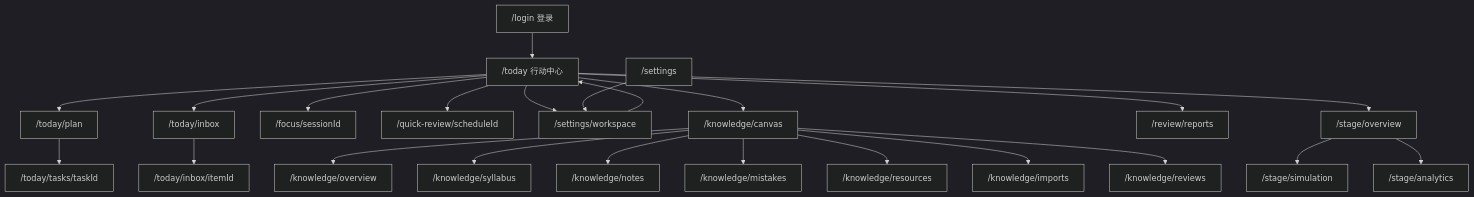
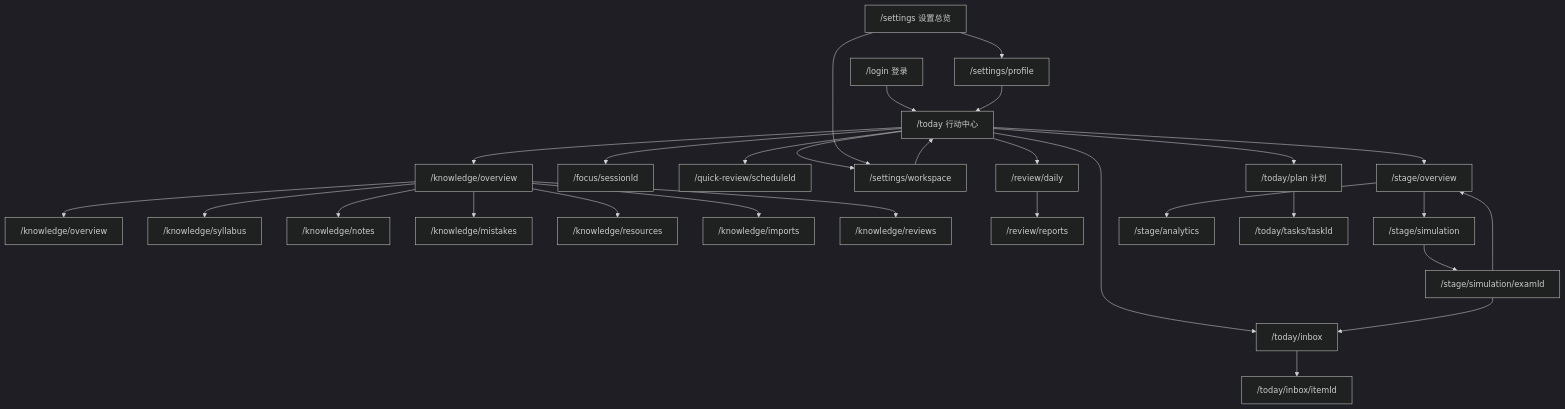
The diagram in docs/ux/site-navigation.md (AreaSong/AreaForge), drawn with Mermaid (dark theme) before and after one commit. The commit also changed other lines of this file and 879 other files, not shown here.

````diff
--- a/docs/ux/site-navigation.md
+++ b/docs/ux/site-navigation.md
@@ -9,25 +25,31 @@
 ```mermaid
 flowchart TB
   login["/login 登录"] --> today["/today 行动中心"]
-  today --> plan["/today/plan"]
+  today --> plan["/today/plan 计划"]
   today --> inbox["/today/inbox"]
   today --> focus["/focus/sessionId"]
   today --> quickReview["/quick-review/scheduleId"]
   today --> workspace["/settings/workspace"]
-  today --> knowledge["/knowledge/canvas"]
+  today --> knowledge["/knowledge/overview"]
   knowledge --> overview["/knowledge/overview"]
   knowledge --> syllabus["/knowledge/syllabus"]
   knowledge --> notes["/knowledge/notes"]
   knowledge --> mistakes["/knowledge/mistakes"]
   knowledge --> resources["/knowledge/resources"]
   knowledge --> imports["/knowledge/imports"]
   knowledge --> reviews["/knowledge/reviews"]
-  today --> report["/review/reports"]
+  today --> dailyReview["/review/daily"]
+  dailyReview --> report["/review/reports"]
   today --> stage["/stage/overview"]
   stage --> simulation["/stage/simulation"]
+  simulation --> simulationExam["/stage/simulation/examId"]
+  simulationExam --> inbox
+  simulationExam --> stage
   stage --> analytics["/stage/analytics"]
   plan --> task["/today/tasks/taskId"]
   inbox --> inboxItem["/today/inbox/itemId"]
+  settings["/settings 设置总览"] --> workspace
+  settings --> profile["/settings/profile"]
   workspace --> today
-  settings["/settings"] --> workspace
+  profile --> today
 ```
````
